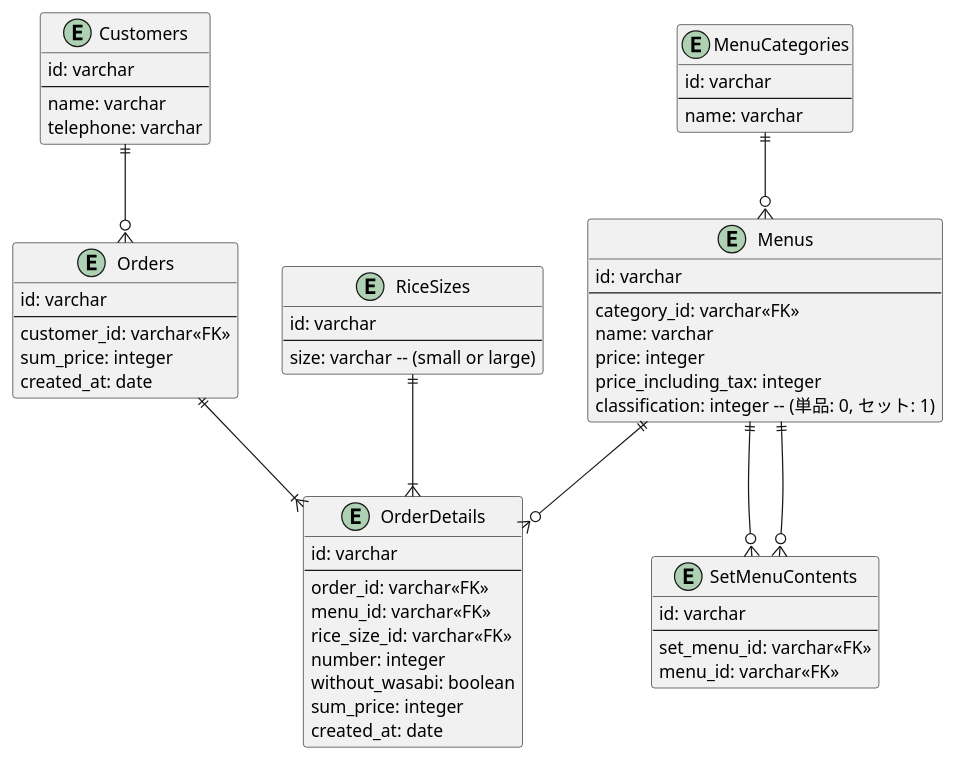
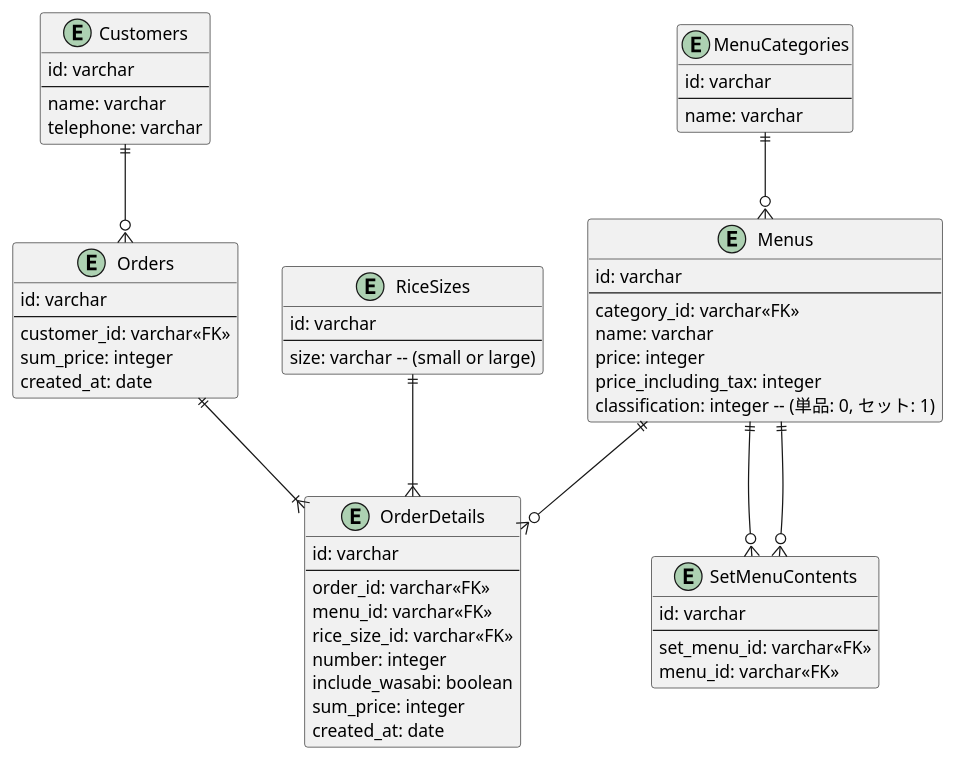
Before and after one commit to tsubasa1122/praha-challenge: the diagram in db/no.14/schema2.wsd, drawn with PlantUML. The commit also changed 3 other files, not shown here.

```diff
--- a/db/no.14/schema2.wsd
+++ b/db/no.14/schema2.wsd
@@ -1,67 +1,67 @@
 @startuml
 Entity Customers {
   id: varchar
   --
   name: varchar
   telephone: varchar
 }
 
 Entity Orders {
   id: varchar
   --
   customer_id: varchar<<FK>>
   sum_price: integer
   created_at: date
 }
 
 Entity OrderDetails {
   id: varchar
   --
   order_id: varchar<<FK>>
   menu_id: varchar<<FK>>
   rice_size_id: varchar<<FK>>
   number: integer
-  without_wasabi: boolean
+  include_wasabi: boolean
   sum_price: integer
   created_at: date
 }
 
 Entity RiceSizes {
   id: varchar
   --
   size: varchar -- (small or large)
 }
 
 Entity Menus {
   id: varchar
   --
   category_id: varchar<<FK>>
   name: varchar
   price: integer
   price_including_tax: integer
   classification: integer -- (単品: 0, セット: 1)
 }
 
 Entity SetMenuContents {
   id: varchar
   --
   set_menu_id: varchar<<FK>>
   menu_id: varchar<<FK>>
 }
 
 Entity MenuCategories {
   id: varchar
   --
   name: varchar
 }
 
 
 
 Customers ||--o{ Orders
 Orders ||--|{ OrderDetails
 RiceSizes ||--|{ OrderDetails
 Menus ||--o{ OrderDetails
 Menus ||--o{ SetMenuContents
 Menus ||--o{ SetMenuContents
 MenuCategories ||--o{ Menus
 @enduml
```
